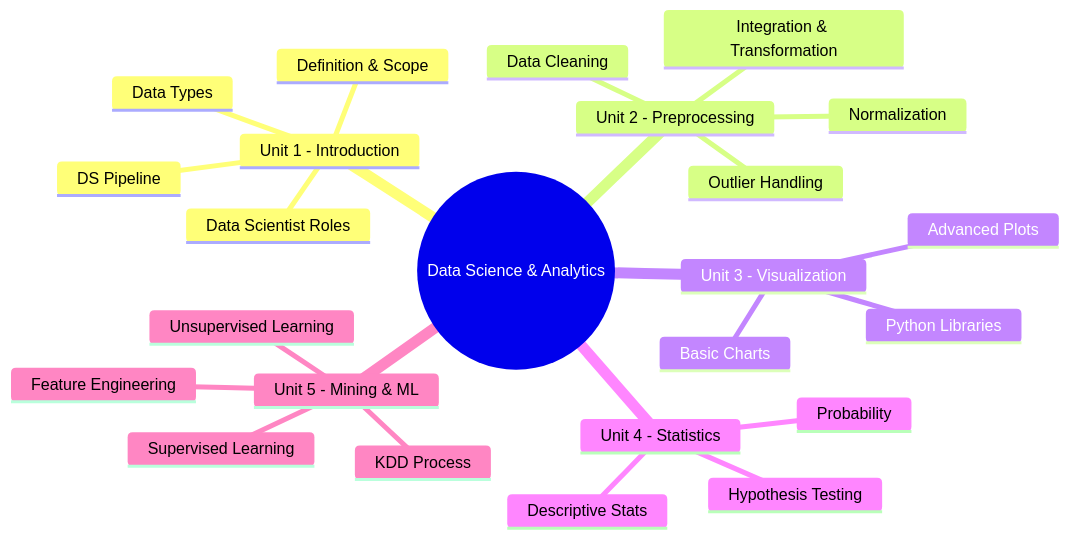
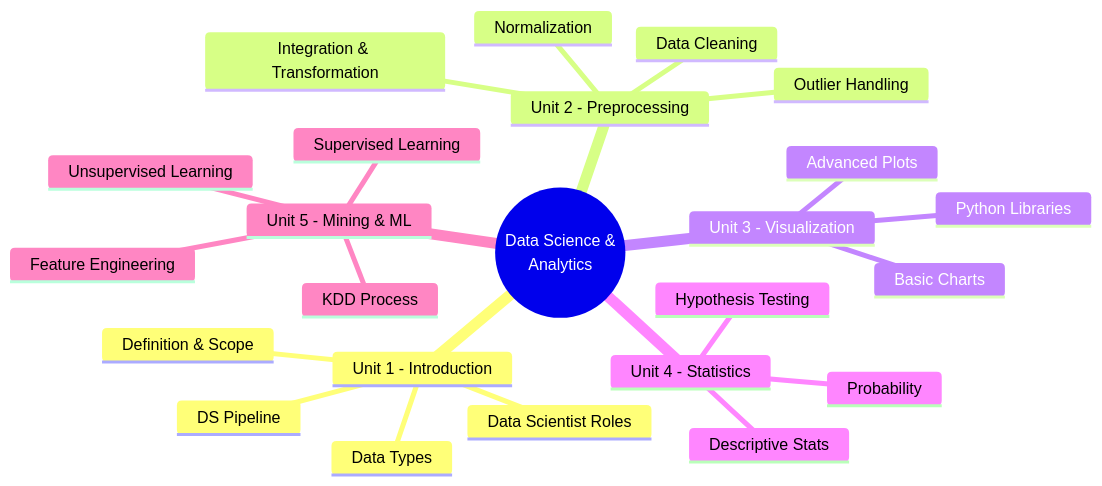
The first of 2 diagrams in 01-Semester-V/CS-307-MJ-T-Data-Science-Analytics/Overview.md (amitdevx/TY), drawn with Mermaid before and after one commit. The commit also changed 65 other files, not shown here.

Commit message:
fix:graph vertical

````diff
--- a/01-Semester-V/CS-307-MJ-T-Data-Science-Analytics/Overview.md
+++ b/01-Semester-V/CS-307-MJ-T-Data-Science-Analytics/Overview.md
@@ -36,27 +36,27 @@
 ```mermaid
 mindmap
-  root((Data Science & Analytics))
+  root((Data Science &<br/>Analytics))
     Unit 1 - Introduction
       Definition & Scope
       Data Scientist Roles
       Data Types
       DS Pipeline
     Unit 2 - Preprocessing
       Data Cleaning
       Integration & Transformation
       Normalization
       Outlier Handling
     Unit 3 - Visualization
       Basic Charts
       Advanced Plots
       Python Libraries
     Unit 4 - Statistics
       Descriptive Stats
       Probability
       Hypothesis Testing
     Unit 5 - Mining & ML
       KDD Process
       Supervised Learning
       Unsupervised Learning
       Feature Engineering
 ```
````
